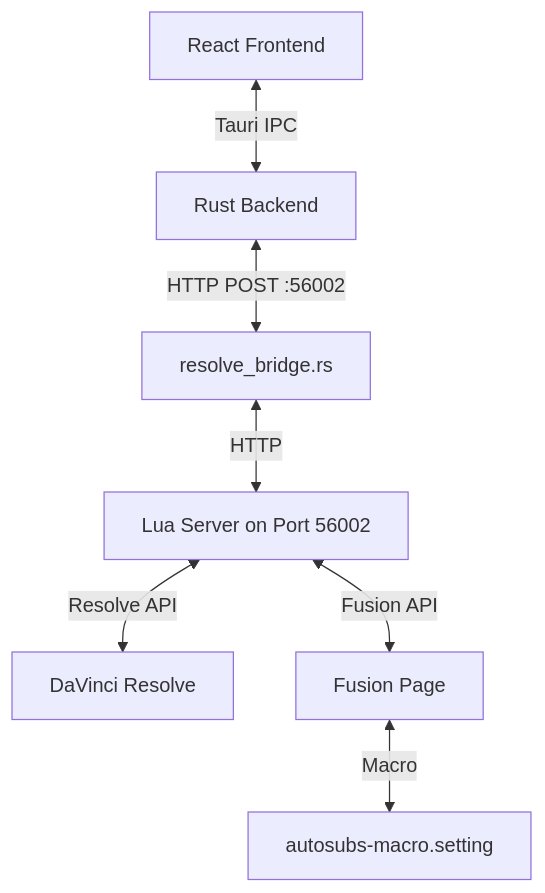
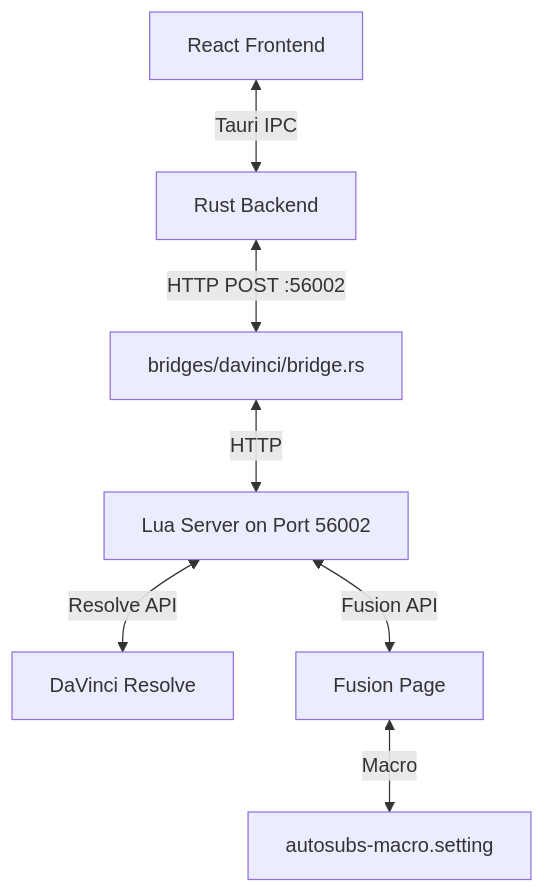
Before and after one commit to log-ddl/ddl_autosub: the diagram in Resolve-Integration/README.md, drawn with Mermaid. The commit also changed other lines of this file and 31 other files, not shown here.

````diff
--- a/Resolve-Integration/README.md
+++ b/Resolve-Integration/README.md
@@ -16,9 +16,9 @@
 ```mermaid
 flowchart TD
     ReactFE[React Frontend] <-->|Tauri IPC| RustBE[Rust Backend]
-    RustBE <-->|HTTP POST :56002| resolve_bridge[resolve_bridge.rs]
+    RustBE <-->|HTTP POST :56002| resolve_bridge[bridges/davinci/bridge.rs]
     resolve_bridge <-->|HTTP| LuaServer[Lua Server on Port 56002]
     LuaServer <-->|Resolve API| Resolve[DaVinci Resolve]
     LuaServer <-->|Fusion API| Fusion[Fusion Page]
     Fusion <-->|Macro| Macro[autosubs-macro.setting]
 ```
````
